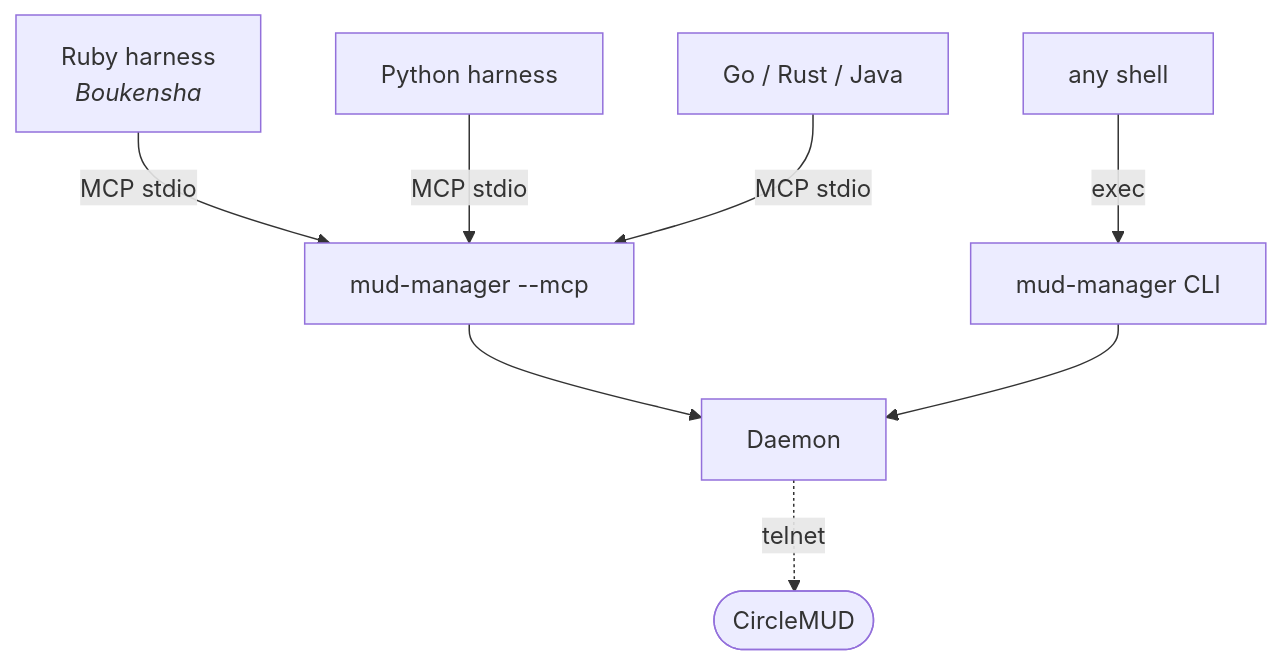
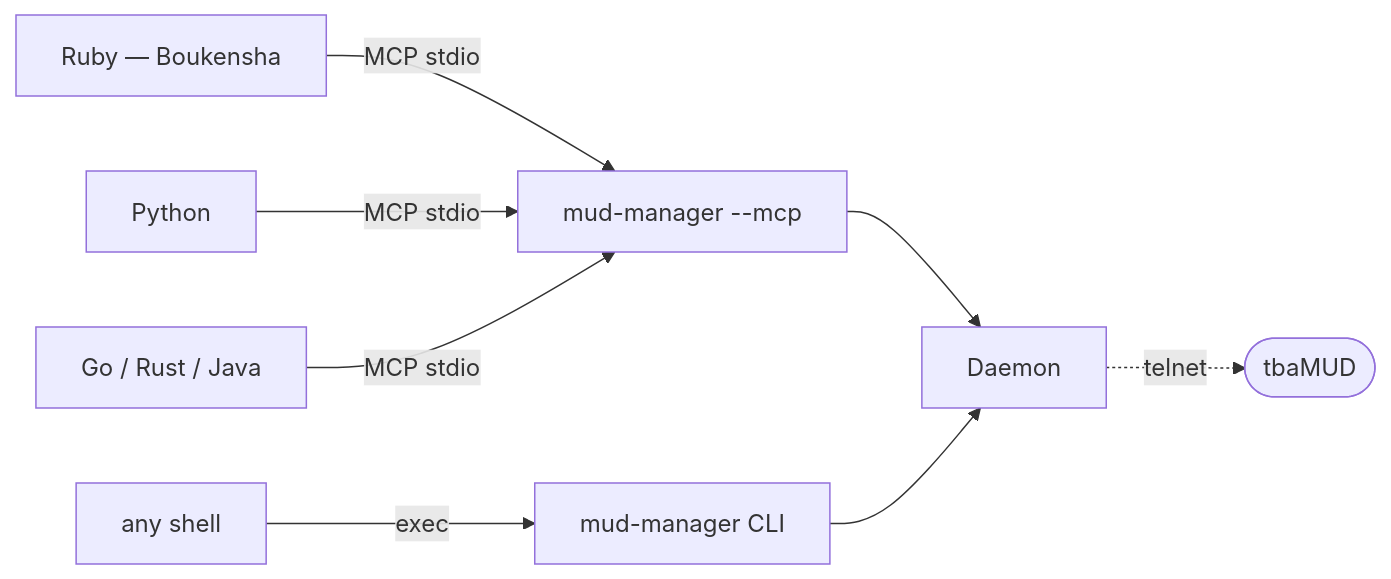
The sixth of 6 diagrams in docs/architecture.md (dglebov/claude-code-camp-2026-Q2), drawn with Mermaid before and after one commit. The commit also changed other lines of this file and 120 other files, not shown here.

````diff
--- a/docs/architecture.md
+++ b/docs/architecture.md
@@ -192,19 +229,10 @@
 ```mermaid
-flowchart TB
-    RB["Ruby harness<br/><i>Boukensha</i>"]
-    PY["Python harness"]
-    GO["Go / Rust / Java"]
-    SH2["any shell"]
-
-    MCPSRV["mud-manager --mcp"]
-    CLI3["mud-manager CLI"]
-    D2["Daemon"]
-
-    RB -->|MCP stdio| MCPSRV
-    PY -->|MCP stdio| MCPSRV
-    GO -->|MCP stdio| MCPSRV
-    SH2 -->|exec| CLI3
-    MCPSRV --> D2
-    CLI3 --> D2
-    D2 -.->|telnet| MUD2(["CircleMUD"])
+flowchart LR
+    RB["Ruby — Boukensha"] -->|MCP stdio| SRV["mud-manager --mcp"]
+    PY["Python"] -->|MCP stdio| SRV
+    GO["Go / Rust / Java"] -->|MCP stdio| SRV
+    SHX["any shell"] -->|exec| CLIX["mud-manager CLI"]
+    SRV --> DX["Daemon"]
+    CLIX --> DX
+    DX -.->|telnet| MUDX(["tbaMUD"])
 ```
````
